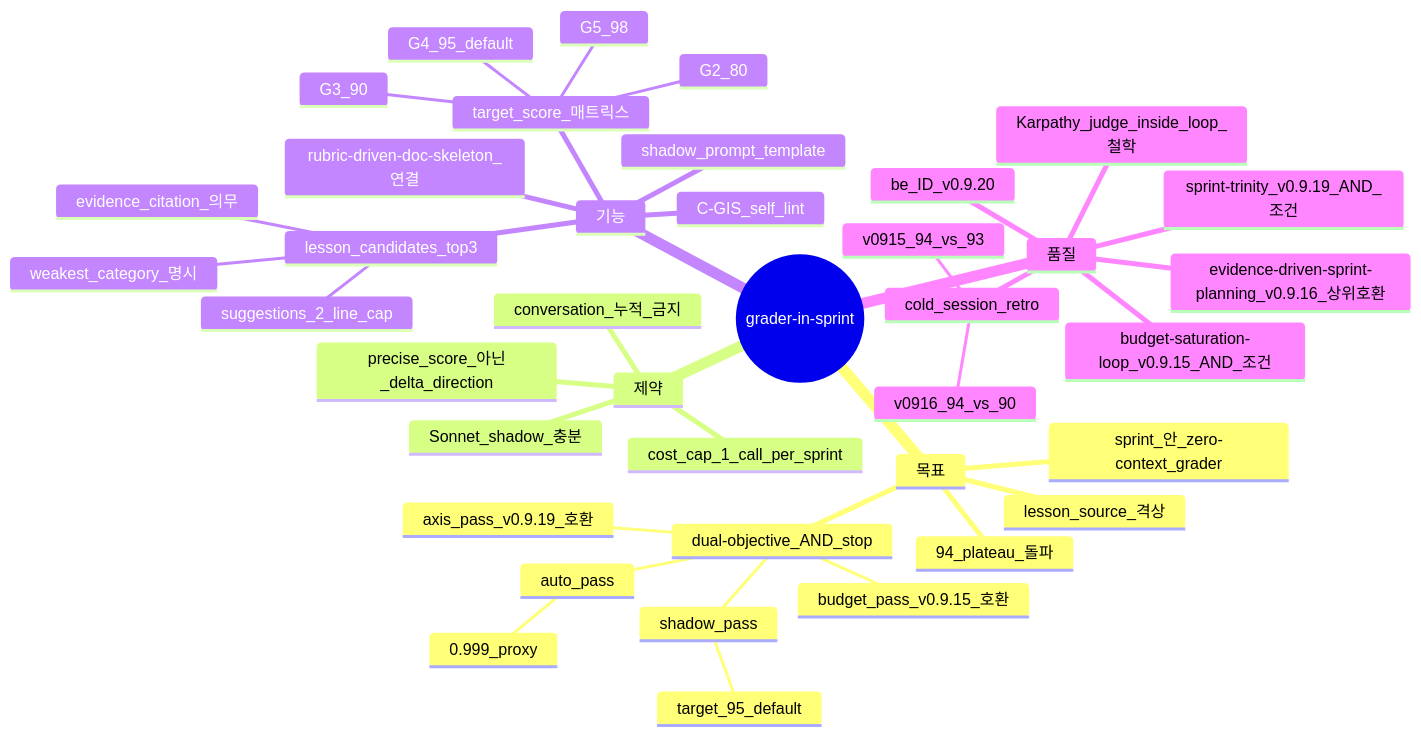
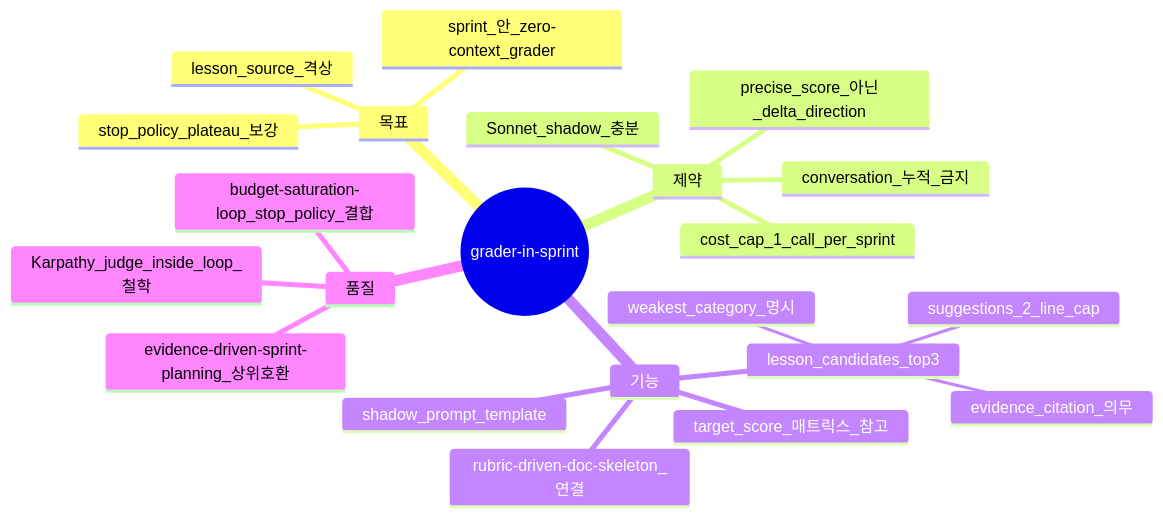
The diagram in skills/theseus-harness/conventions/grader-in-sprint.md (whyjp/ShipofTheseus), drawn with Mermaid before and after one commit. The commit also changed other lines of this file and 24 other files, not shown here.

First line of the commit message:
feat(b2b): budget-saturation stop_policy 재작성 + 0.999 prose 정정 + self_lint --score 보고모드

````diff
--- a/skills/theseus-harness/conventions/grader-in-sprint.md
+++ b/skills/theseus-harness/conventions/grader-in-sprint.md
@@ -151,42 +126,25 @@
 ```mermaid
 mindmap
   root((grader-in-sprint))
     목표
-      dual-objective_AND_stop
-        auto_pass
-          0.999_proxy
-        shadow_pass
-          target_95_default
-        axis_pass_v0.9.19_호환
-        budget_pass_v0.9.15_호환
-      94_plateau_돌파
+      stop_policy_plateau_보강
       sprint_안_zero-context_grader
       lesson_source_격상
     제약
       cost_cap_1_call_per_sprint
       Sonnet_shadow_충분
       conversation_누적_금지
       precise_score_아닌_delta_direction
     기능
-      C-GIS_self_lint
       shadow_prompt_template
       lesson_candidates_top3
         weakest_category_명시
         evidence_citation_의무
         suggestions_2_line_cap
-      target_score_매트릭스
-        G2_80
-        G3_90
-        G4_95_default
-        G5_98
+      target_score_매트릭스_참고
       rubric-driven-doc-skeleton_연결
     품질
-      cold_session_retro
-        v0915_94_vs_93
-        v0916_94_vs_90
-      evidence-driven-sprint-planning_v0.9.16_상위호환
-      budget-saturation-loop_v0.9.15_AND_조건
-      sprint-trinity_v0.9.19_AND_조건
-      be_ID_v0.9.20
+      evidence-driven-sprint-planning_상위호환
+      budget-saturation-loop_stop_policy_결합
       Karpathy_judge_inside_loop_철학
 ```
````
